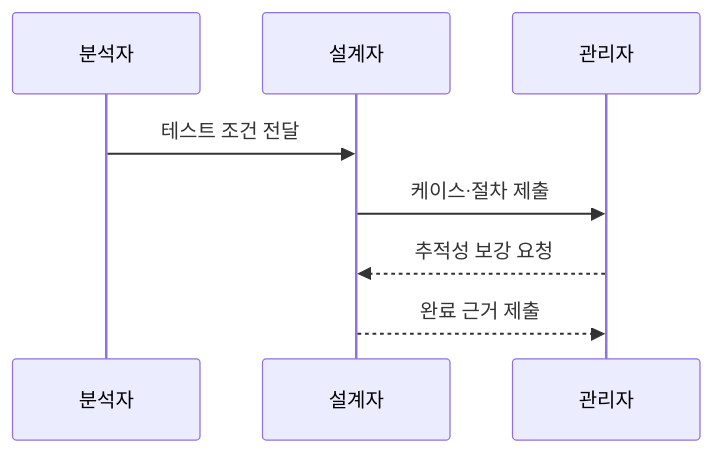
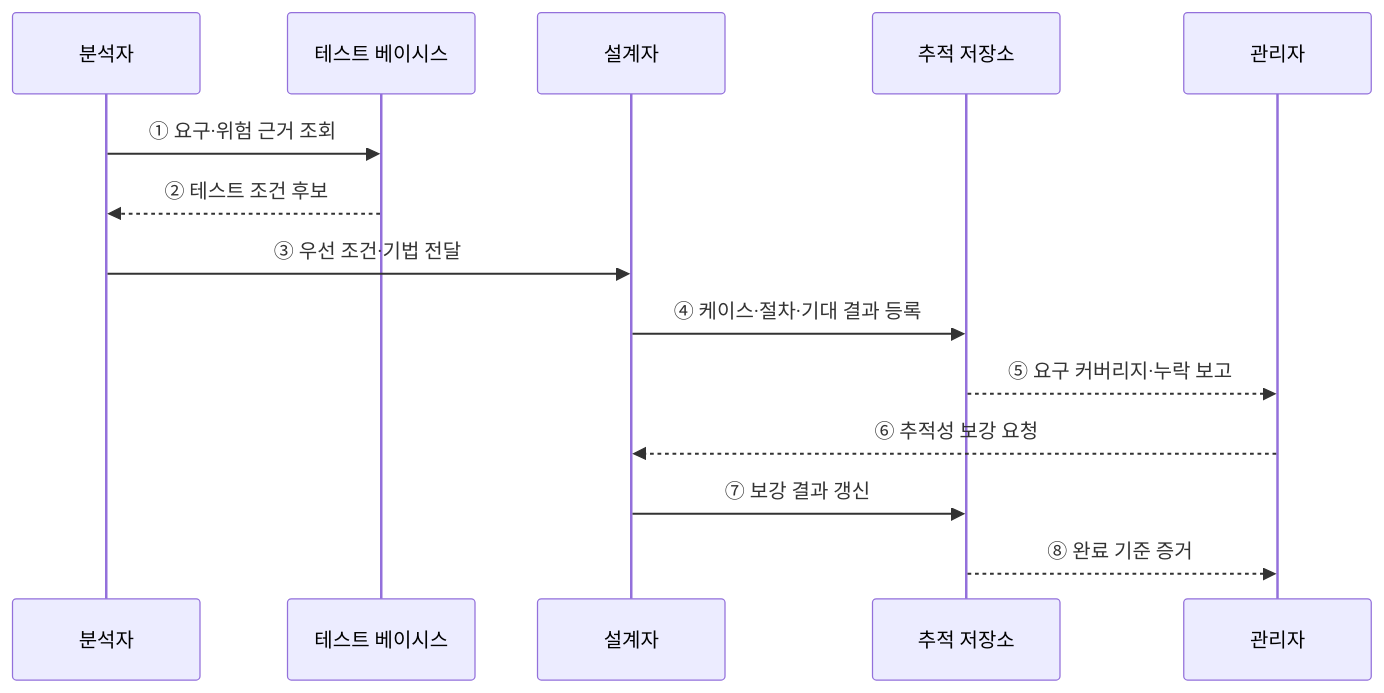
Before and after one commit to agnusdei1207/knowledge-base: the second of 2 diagrams in src/content/docs/notes/03-software/079_iso_29119_test_design.md, drawn with Mermaid. The commit also changed other lines of this file and 20 other files, not shown here.

````diff
--- a/src/content/docs/notes/03-software/079_iso_29119_test_design.md
+++ b/src/content/docs/notes/03-software/079_iso_29119_test_design.md
@@ -80,10 +73,16 @@
 ```mermaid
 sequenceDiagram
     participant A as 분석자
+    participant B as 테스트 베이시스
     participant D as 설계자
+    participant T as 추적 저장소
     participant M as 관리자
-    A->>D: 테스트 조건 전달
-    D->>M: 케이스·절차 제출
-    M-->>D: 추적성 보강 요청
-    D-->>M: 완료 근거 제출
+    A->>B: ① 요구·위험 근거 조회
+    B-->>A: ② 테스트 조건 후보
+    A->>D: ③ 우선 조건·기법 전달
+    D->>T: ④ 케이스·절차·기대 결과 등록
+    T-->>M: ⑤ 요구 커버리지·누락 보고
+    M-->>D: ⑥ 추적성 보강 요청
+    D->>T: ⑦ 보강 결과 갱신
+    T-->>M: ⑧ 완료 기준 증거
 ```
````
